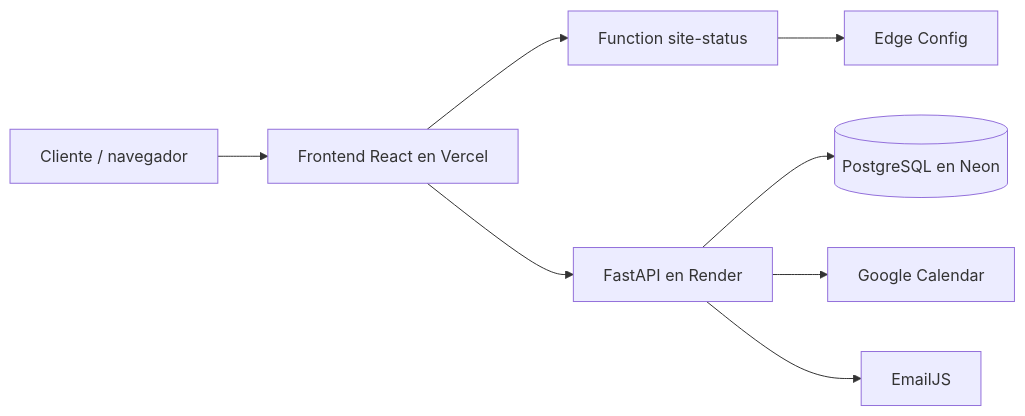
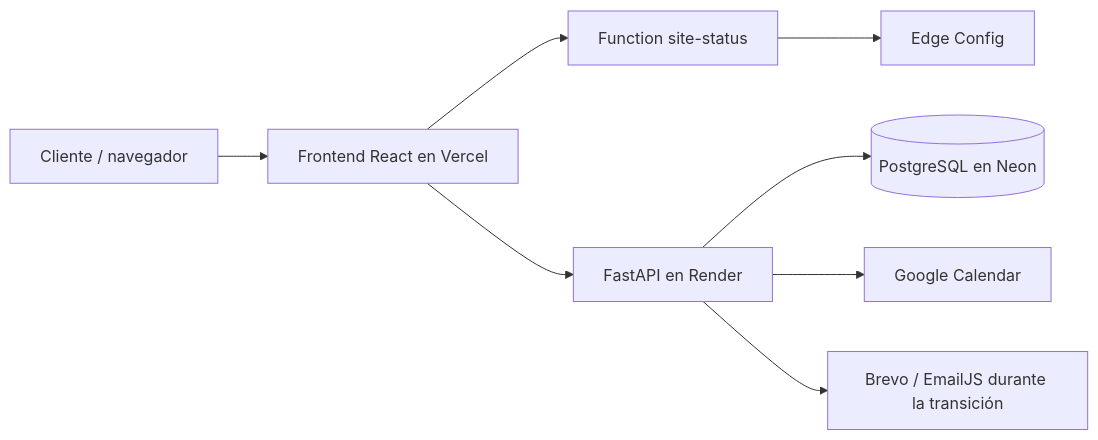
Before and after one commit to Dylan2410ce/Pagina-Web-Barberia: the diagram in docs/ARCHITECTURE.md, drawn with Mermaid. The commit also changed other lines of this file and 21 other files, not shown here.

````diff
--- a/docs/ARCHITECTURE.md
+++ b/docs/ARCHITECTURE.md
@@ -12,10 +12,10 @@
 ```mermaid
 flowchart LR
   Client[Cliente / navegador] --> Vercel[Frontend React en Vercel]
   Vercel --> Function[Function site-status]
   Function --> Edge[Edge Config]
   Vercel --> API[FastAPI en Render]
   API --> Neon[(PostgreSQL en Neon)]
   API --> Calendar[Google Calendar]
-  API --> Email[EmailJS]
+  API --> Email[Brevo / EmailJS durante la transición]
 ```
````
